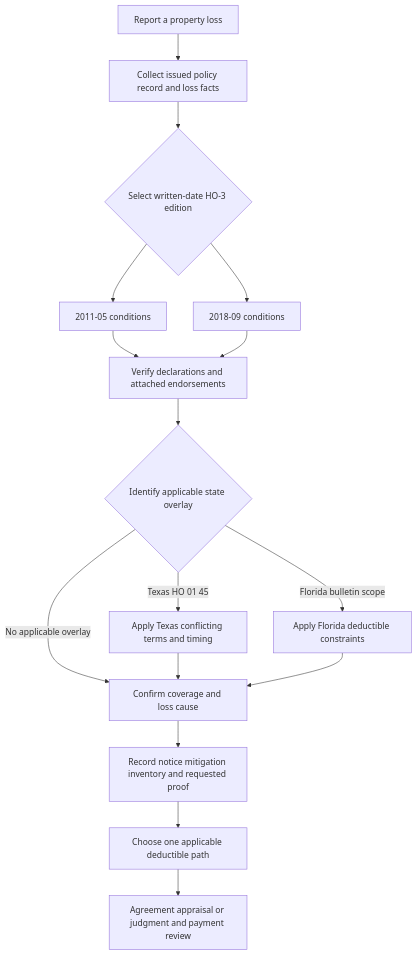
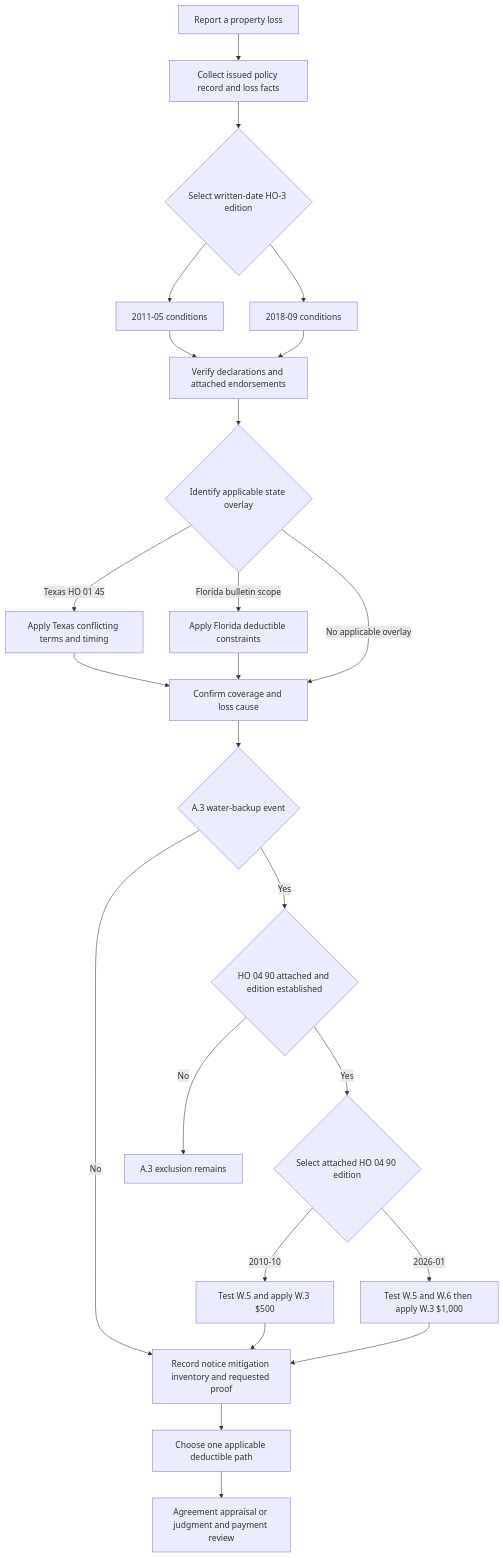
Before and after one commit to eugeneliu-86/openwiki-insurance-corpus: the diagram in openwiki/coverage/property/claim-conditions-and-deductibles.md, drawn with Mermaid. The commit also changed other lines of this file and 32 other files, not shown here.

````diff
--- a/openwiki/coverage/property/claim-conditions-and-deductibles.md
+++ b/openwiki/coverage/property/claim-conditions-and-deductibles.md
@@ -42,18 +46,26 @@
 ```mermaid
 flowchart TD
     Intake["Report a property loss"] --> Record["Collect issued policy record and loss facts"]
     Record --> Edition{"Select written-date HO-3 edition"}
     Edition --> Old["2011-05 conditions"]
     Edition --> New["2018-09 conditions"]
     Old --> Layers["Verify declarations and attached endorsements"]
     New --> Layers
     Layers --> State{"Identify applicable state overlay"}
     State -- "Texas HO 01 45" --> Texas["Apply Texas conflicting terms and timing"]
     State -- "Florida bulletin scope" --> Florida["Apply Florida deductible constraints"]
     State -- "No applicable overlay" --> Coverage["Confirm coverage and loss cause"]
     Texas --> Coverage
     Florida --> Coverage
-    Coverage --> Duties["Record notice mitigation inventory and requested proof"]
+    Coverage --> Backup{"A.3 water-backup event"}
+    Backup -- "No" --> Duties["Record notice mitigation inventory and requested proof"]
+    Backup -- "Yes" --> VerifyWater{"HO 04 90 attached and edition established"}
+    VerifyWater -- "No" --> AThree["A.3 exclusion remains"]
+    VerifyWater -- "Yes" --> WaterEdition{"Select attached HO 04 90 edition"}
+    WaterEdition -- "2010-10" --> WaterLegacy["Test W.5 and apply W.3 $500"]
+    WaterEdition -- "2026-01" --> WaterCurrent["Test W.5 and W.6 then apply W.3 $1,000"]
+    WaterLegacy --> Duties
+    WaterCurrent --> Duties
     Duties --> Deductible["Choose one applicable deductible path"]
     Deductible --> Resolution["Agreement appraisal or judgment and payment review"]
 ```
````
